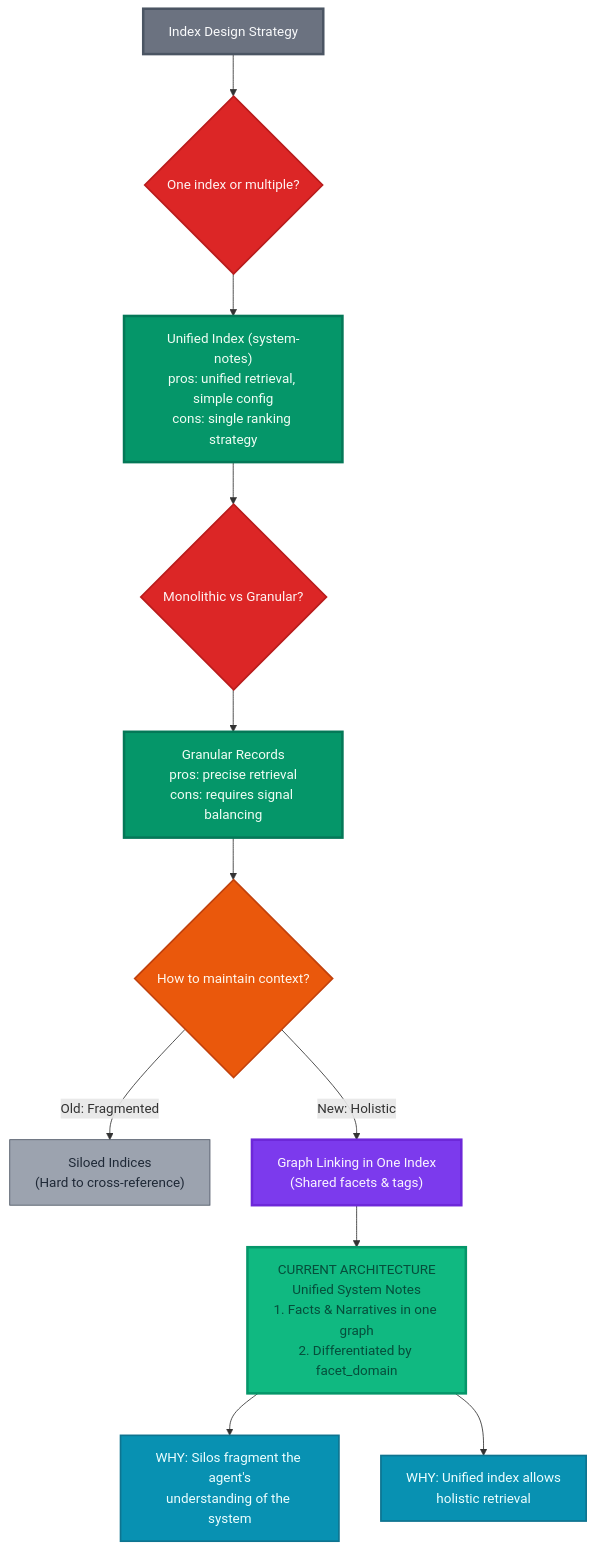
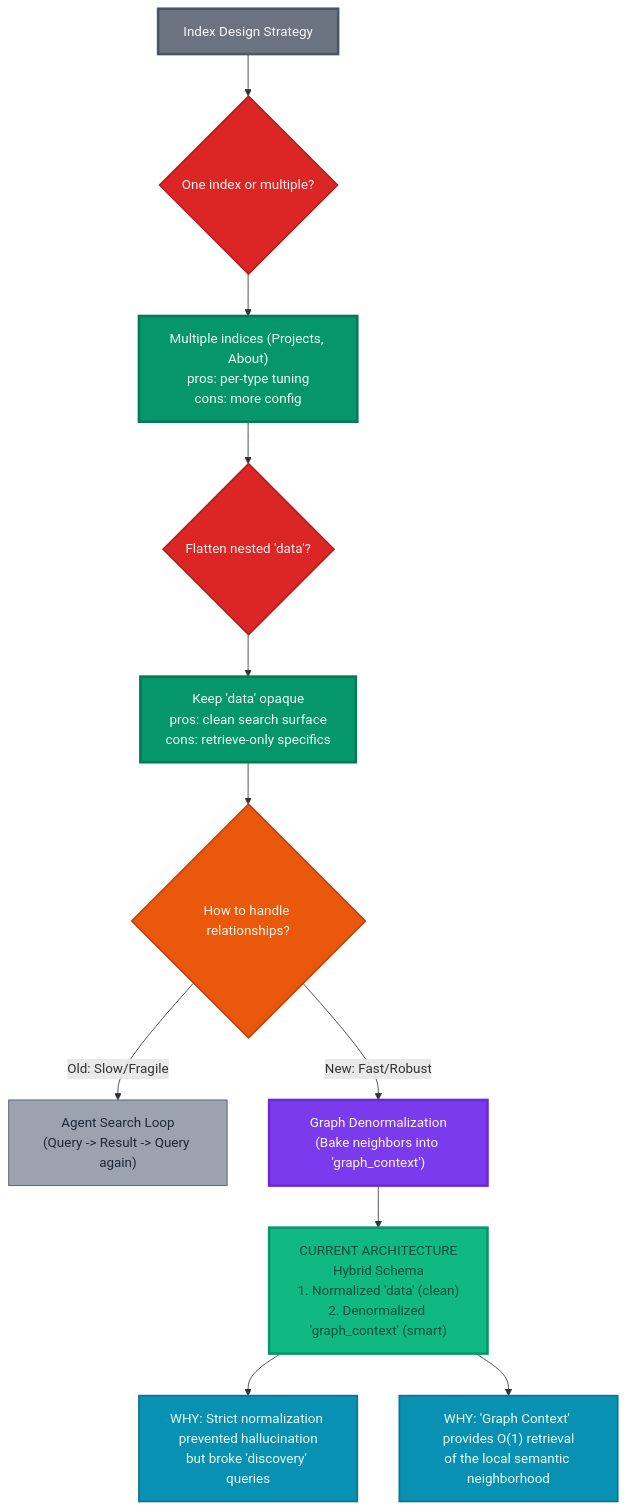
Before and after one commit to anchildress1/system-notes: the diagram in apps/api/algolia/diagrams/index-design-rationale.md, drawn with Mermaid. The commit also changed other lines of this file and 15 other files, not shown here.

First line of the commit message:
feat(algolia): implement graph rag workflow and optimize agent prompt

````diff
--- a/apps/api/algolia/diagrams/index-design-rationale.md
+++ b/apps/api/algolia/diagrams/index-design-rationale.md
@@ -6,49 +6,49 @@
 ```mermaid
 graph TD
     accTitle: Algolia Index Design Rationale
-    accDescr: Decision tree showing the evolution from monolithic schema to granular fact architecture
+    accDescr: Decision tree showing the evolution from normalized schema to hybrid graph denormalization
 
     Start["Index Design Strategy"]:::start
 
     %% Phase 1: Structure
     Q1{"One index or multiple?"}:::question
-    Unified["Unified Index (system-notes)<br/>pros: unified retrieval, simple config<br/>cons: single ranking strategy"]:::chosen
+    Multiple["Multiple indices (Projects, About)<br/>pros: per-type tuning<br/>cons: more config"]:::chosen
 
-    %% Phase 2: Content Granularity
-    Q2{"Monolithic vs Granular?"}:::question
-    Granular["Granular Records<br/>pros: precise retrieval<br/>cons: requires signal balancing"]:::chosen
+    %% Phase 2: Content
+    Q2{"Flatten nested 'data'?"}:::question
+    Normalize["Keep 'data' opaque<br/>pros: clean search surface<br/>cons: retrieve-only specifics"]:::chosen
 
-    %% Phase 3: The Context Problem
-    Q3{"How to maintain context?"}:::problem
-    OldWay["Siloed Indices<br/>(Hard to cross-reference)"]:::cons
-    NewWay["Graph Linking in One Index<br/>(Shared facets & tags)"]:::solution
+    %% Phase 3: The Graph Problem
+    Q3{"How to handle relationships?"}:::problem
+    OldWay["Agent Search Loop<br/>(Query -> Result -> Query again)"]:::cons
+    NewWay["Graph Denormalization<br/>(Bake neighbors into 'graph_context')"]:::solution
 
     %% Final decision
-    Decision["CURRENT ARCHITECTURE<br/>Unified System Notes<br/>1. Facts & Narratives in one graph<br/>2. Differentiated by facet_domain"]:::final
+    Decision["CURRENT ARCHITECTURE<br/>Hybrid Schema<br/>1. Normalized 'data' (clean)<br/>2. Denormalized 'graph_context' (smart)"]:::final
 
     %% Rationale
-    Why1["WHY: Silos fragment the agent's<br/>understanding of the system"]:::rationale
-    Why2["WHY: Unified index allows<br/>holistic retrieval"]:::rationale
+    Why1["WHY: Strict normalization prevented hallucination<br/>but broke 'discovery' queries"]:::rationale
+    Why2["WHY: 'Graph Context' provides O(1) retrieval<br/>of the local semantic neighborhood"]:::rationale
 
     %% Flow
     Start --> Q1
-    Q1 --> Unified
-    Unified --> Q2
-    Q2 --> Granular
-    Granular --> Q3
-    Q3 -->|Old: Fragmented| OldWay
-    Q3 -->|New: Holistic| NewWay
+    Q1 --> Multiple
+    Multiple --> Q2
+    Q2 --> Normalize
+    Normalize --> Q3
+    Q3 -->|Old: Slow/Fragile| OldWay
+    Q3 -->|New: Fast/Robust| NewWay
     NewWay --> Decision
     Decision --> Why1
     Decision --> Why2
 
     %% Styles
     classDef start fill:#6b7280,stroke:#4b5563,stroke-width:3px,color:#f9fafb
     classDef question fill:#dc2626,stroke:#b91c1c,stroke-width:2px,color:#fef2f2
     classDef chosen fill:#059669,stroke:#047857,stroke-width:3px,color:#f0fdf4
     classDef problem fill:#ea580c,stroke:#c2410c,stroke-width:2px,color:#fff7ed
     classDef solution fill:#7c3aed,stroke:#6d28d9,stroke-width:3px,color:#faf5ff
     classDef cons fill:#9ca3af,stroke:#4b5563,stroke-width:1px,color:#1f2937
     classDef final fill:#10b981,stroke:#059669,stroke-width:3px,color:#064e3b
     classDef rationale fill:#0891b2,stroke:#0e7490,stroke-width:2px,color:#ecfeff
 ```
````
